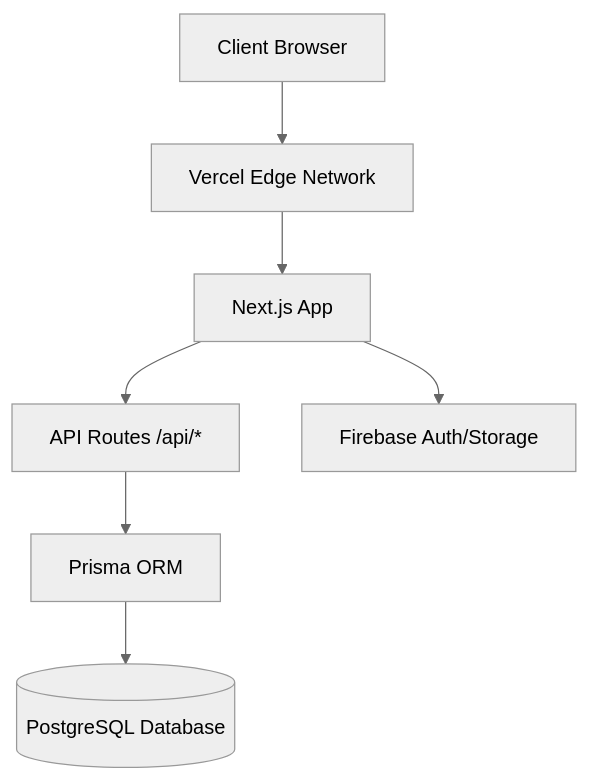
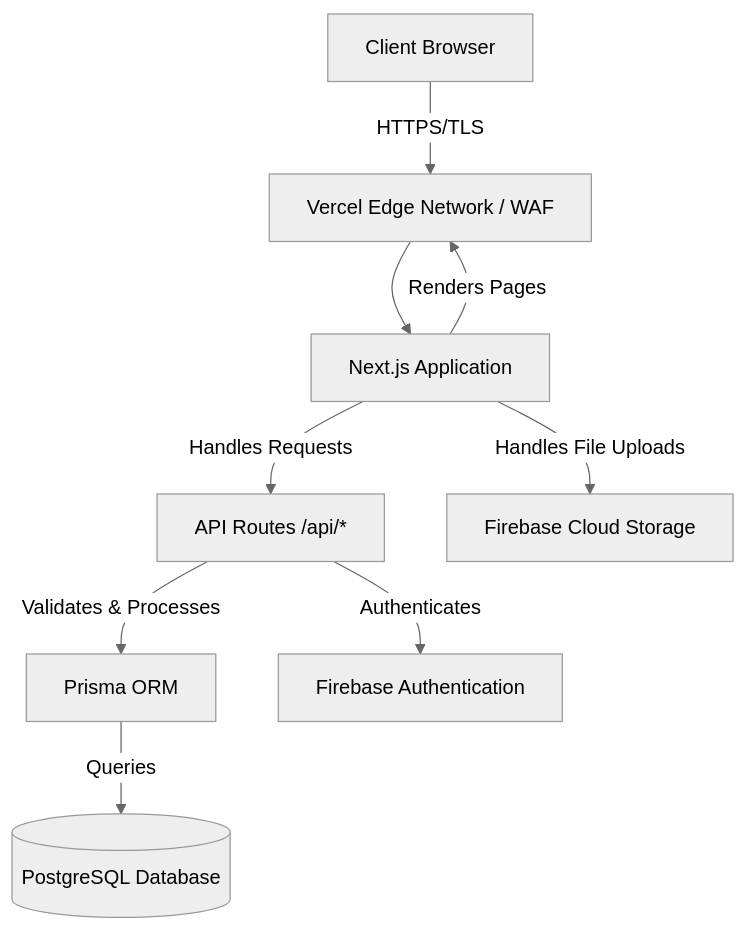
Before and after one commit to Yonas143/studio: the third of 4 diagrams in README.md, drawn with Mermaid (neutral theme). The commit also changed other lines of this file and 13 other files, not shown here.

````diff
--- a/README.md
+++ b/README.md
@@ -46,17 +58,20 @@
 ```mermaid
 graph TD
     Client[Client Browser]
-    Vercel[Vercel Edge Network]
-    NextApp[Next.js App]
-    API[API Routes /api/*]
+    VercelEdge[Vercel Edge Network / WAF]
+    NextApp[Next.js Application]
+    APIRoutes[API Routes /api/*]
     Prisma[Prisma ORM]
-    DB[(PostgreSQL Database)]
-    Firebase[Firebase Auth/Storage]
+    Database[(PostgreSQL Database)]
+    FirebaseAuth[Firebase Authentication]
+    FirebaseStorage[Firebase Cloud Storage]
 
-    Client --> Vercel
-    Vercel --> NextApp
-    NextApp --> API
-    API --> Prisma
-    Prisma --> DB
-    NextApp --> Firebase
+    Client -- HTTPS/TLS --> VercelEdge
+    VercelEdge --> NextApp
+    NextApp -- Renders Pages --> VercelEdge
+    NextApp -- Handles Requests --> APIRoutes
+    APIRoutes -- Authenticates --> FirebaseAuth
+    APIRoutes -- Validates & Processes --> Prisma
+    Prisma -- Queries --> Database
+    NextApp -- Handles File Uploads --> FirebaseStorage
 ```
````
